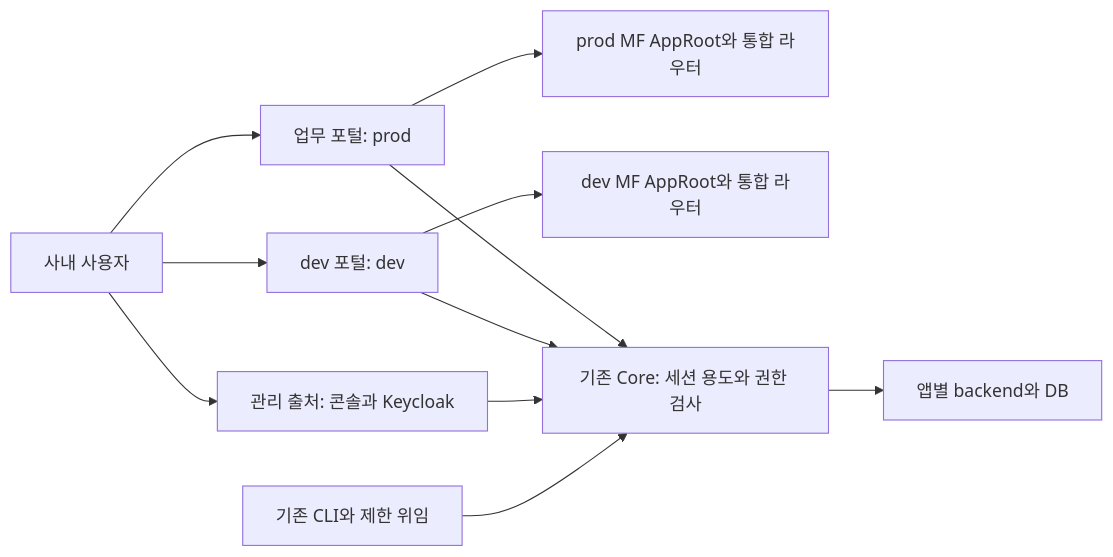
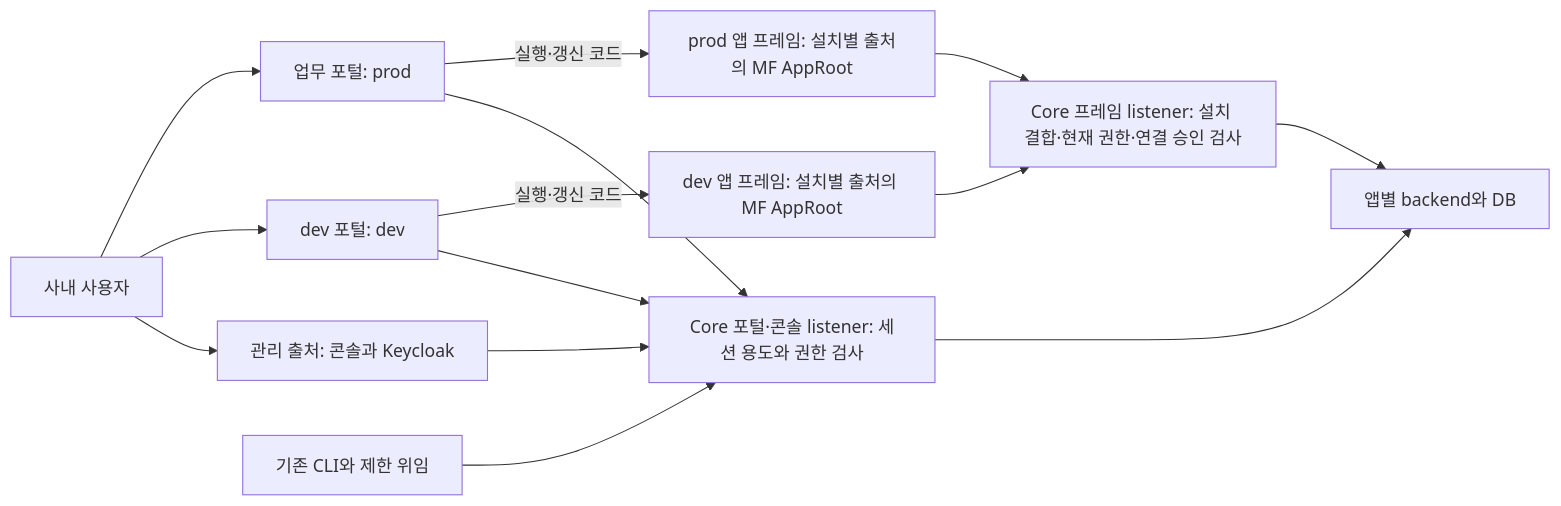
Before and after one commit to hurxxxx/miy-v2: the diagram in docs/APP-BOUNDARIES.md, drawn with Mermaid. The commit also changed other lines of this file and 48 other files, not shown here.

````diff
--- a/docs/APP-BOUNDARIES.md
+++ b/docs/APP-BOUNDARIES.md
@@ -146,13 +146,16 @@
 ```mermaid
 flowchart LR
   U[사내 사용자] --> P[업무 포털: prod]
   U --> D[dev 포털: dev]
   U --> C[관리 출처: 콘솔과 Keycloak]
-  P --> A[prod MF AppRoot와 통합 라우터]
-  D --> DA[dev MF AppRoot와 통합 라우터]
-  P --> G[기존 Core: 세션 용도와 권한 검사]
+  P -- 실행·갱신 코드 --> A[prod 앱 프레임: 설치별 출처의 MF AppRoot]
+  D -- 실행·갱신 코드 --> DA[dev 앱 프레임: 설치별 출처의 MF AppRoot]
+  P --> G[Core 포털·콘솔 listener: 세션 용도와 권한 검사]
   D --> G
   C --> G
   CLI[기존 CLI와 제한 위임] --> G
+  A --> F[Core 프레임 listener: 설치 결합·현재 권한·연결 승인 검사]
+  DA --> F
   G --> B[앱별 backend와 DB]
+  F --> B
 ```
````
